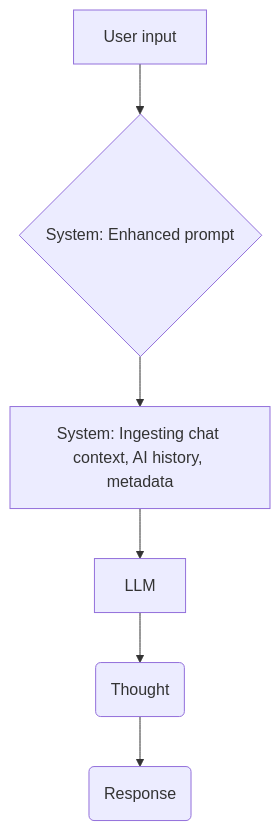
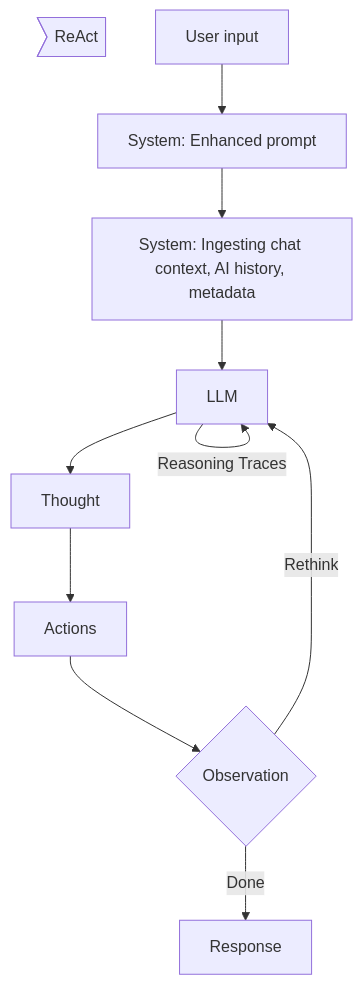
The diagram in README.md (R06942143/chatgpt-server), drawn with Mermaid before and after one commit. The commit also changed other lines of this file, not shown here.

Commit message:
chore: add ReAct to README.md

````diff
--- a/README.md
+++ b/README.md
@@ -1,8 +3,14 @@
 ```mermaid
 graph TD
-    A[User input] --> B{System: Enhanced prompt};
+    label>ReAct]
+    A[User input] --> B[System: Enhanced prompt];
     B --> C[System: Ingesting chat context, AI history, metadata];
     C --> D[LLM];
-    D --> E(Thought)
-	E --> F(Response);
+    D -->|Reasoning Traces| D
+    D --> E[Thought]
+    E --> F[Actions]
+    F --> G{Observation}
+    G -->|Done| H[Response]
+    G -->|Rethink| D
+
 ```
````
